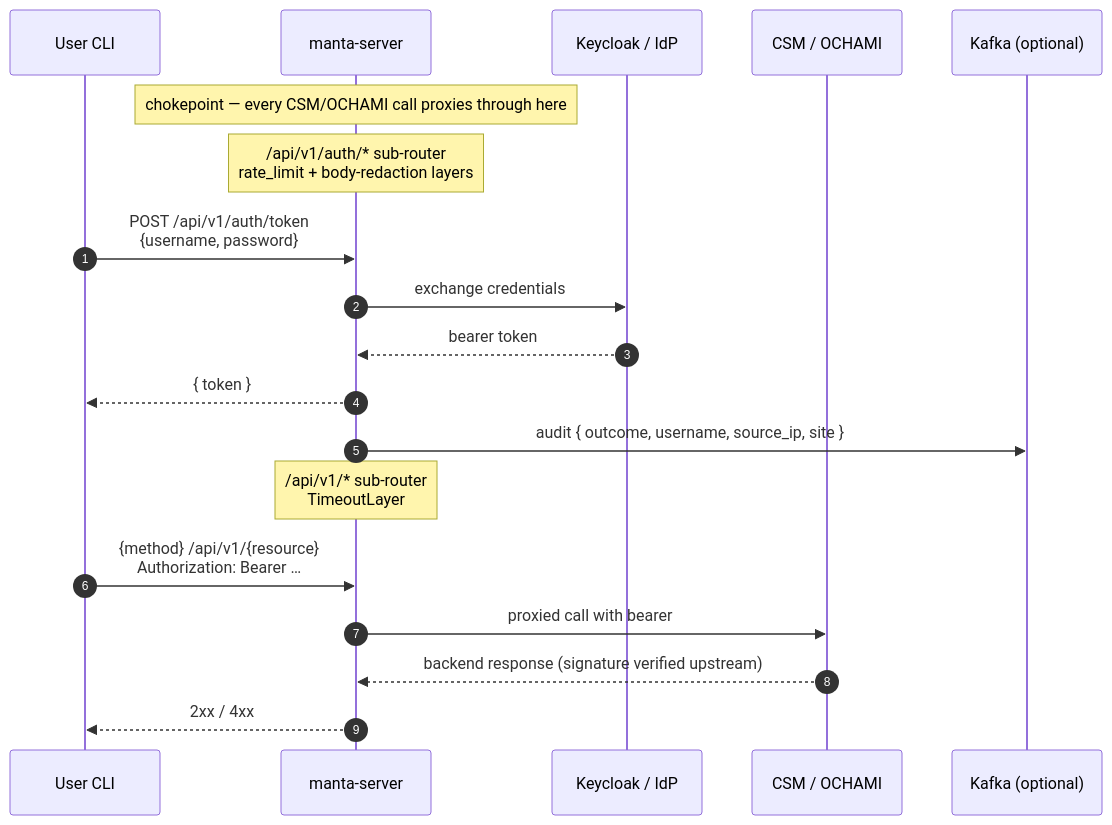
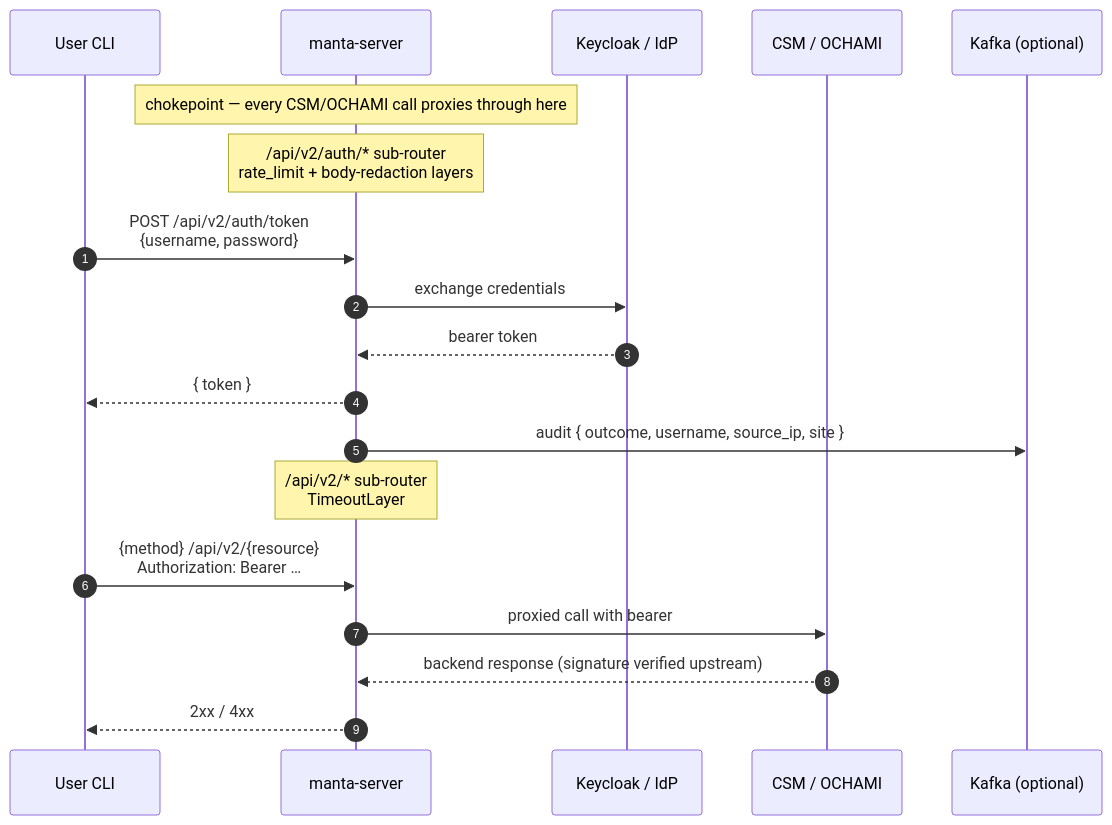
One commit to eth-cscs/manta changed the diagram in SECURITY.md. Above: the diagram before and after it, drawn with Mermaid. The commit also changed other lines of this file and 101 other files, not shown here.

````diff
--- a/SECURITY.md
+++ b/SECURITY.md
@@ -68,26 +68,26 @@
 ```mermaid
 sequenceDiagram
     autonumber
     participant CLI as User CLI
     participant MS as manta-server
     participant K as Keycloak / IdP
     participant B as CSM / OCHAMI
     participant Kf as Kafka (optional)
 
     Note over MS: chokepoint — every CSM/OCHAMI call proxies through here
 
-    Note over MS: /api/v1/auth/* sub-router<br/>rate_limit + body-redaction layers
+    Note over MS: /api/v2/auth/* sub-router<br/>rate_limit + body-redaction layers
 
-    CLI->>MS: POST /api/v1/auth/token<br/>{username, password}
+    CLI->>MS: POST /api/v2/auth/token<br/>{username, password}
     MS->>K: exchange credentials
     K-->>MS: bearer token
     MS-->>CLI: { token }
     MS->>Kf: audit { outcome, username, source_ip, site }
 
-    Note over MS: /api/v1/* sub-router<br/>TimeoutLayer
+    Note over MS: /api/v2/* sub-router<br/>TimeoutLayer
 
-    CLI->>MS: {method} /api/v1/{resource}<br/>Authorization: Bearer …
+    CLI->>MS: {method} /api/v2/{resource}<br/>Authorization: Bearer …
     MS->>B: proxied call with bearer
     B-->>MS: backend response (signature verified upstream)
     MS-->>CLI: 2xx / 4xx
 ```
````
